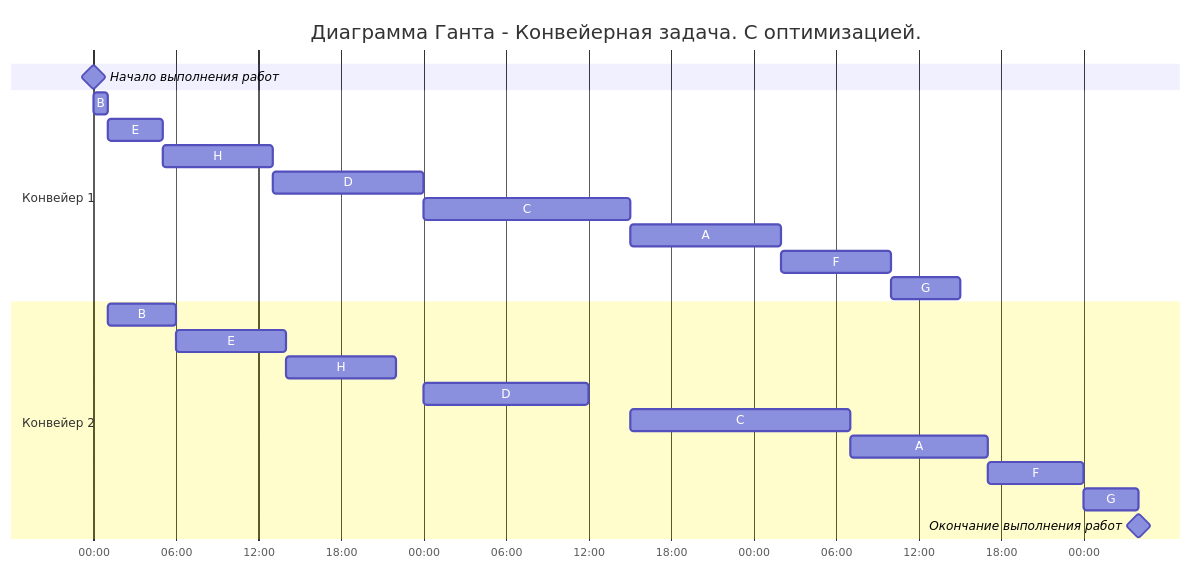
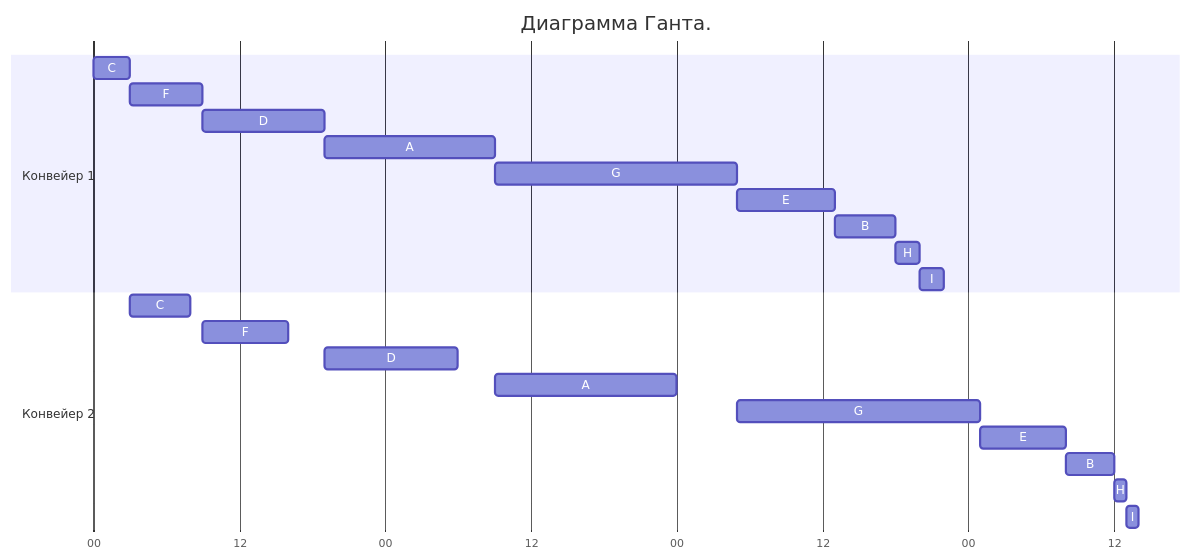
Before and after one commit to hse-algo-24-owl/manual-tasks-owl: the diagram in task-5/task5V4.md, drawn with Mermaid. The commit also changed other lines of this file, not shown here.

````diff
--- a/task-5/task5V4.md
+++ b/task-5/task5V4.md
@@ -100,26 +51,26 @@
 ```mermaid
 gantt
-    title Диаграмма Ганта - Конвейерная задача. С оптимизацией.
+    title Диаграмма Ганта.
     dateFormat DD HH:mm    
-    axisFormat %H:%M
-    Начало выполнения работ : milestone, m1, 01 00:00, 0h
+    axisFormat %H
     section Конвейер 1
-    B         :a1, 01 00:00, 1h
-    E         :a2, after a1, 4h
-    H         :a3, after a2, 8h
-    D         :a4, after a3, 11h
-    C         :a5, after a4, 15h
-    A         :a6, after a5, 11h
-    F         :a7, after a6, 8h
-    G         :a8, after a7, 5h
+    С : c1, 01 00:00, 3h
+    F : f1, after c1, 6h
+    D : d1, after f1, 10h
+    A : a1, after d1, 14h
+    G : g1, after a1, 20h
+    E : e1, after g1, 8h
+    B : b1, after e1, 5h
+    H : h1, after b1, 2h
+    I : i1, after h1, 2h
     section Конвейер 2
-    B         :b1, after a1, 5h
-    E         :b2, after a2 b1, 8h
-    H         :b3, after a3 b2, 8h
-    D         :b4, after a4 b3, 12h
-    C         :b5, after a5 b4, 16h
-    A         :b6, after a6 b5, 10h
-    F         :b7, after a7 b6, 7h
-    G         :b8, after a8 b7, 4h
-    Окончание выполнения работ : milestone, m2, after b8, 0h
+    С : c2, after c1, 5h
+    F : f2, after f1 c2, 7h
+    D : d2, after d1 f2, 11h
+    A : a2, after a1 d2, 15h
+    G : g2, after g1 a2, 20h
+    E : e2, after e1 g2, 7h
+    B : b2, after b1 e2, 4h
+    H : h2, after h1 b2, 1h
+    I : i2, after i1 h2, 1h
 ```
````
